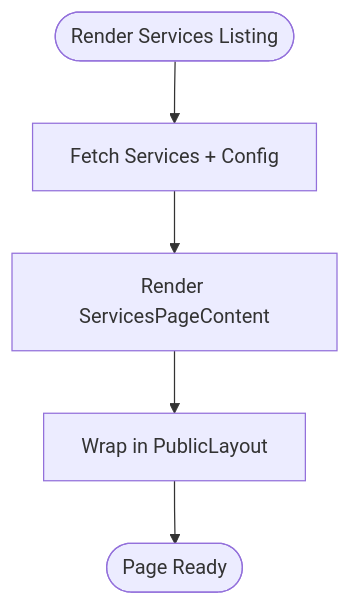
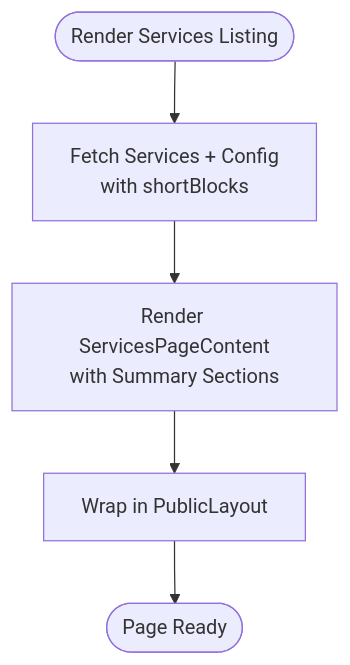
The third of 13 diagrams in .qoder/repowiki/en/content/Core Features Implementation/Public Website Features/Services Catalog System.md (xLegarda/GreenAxis), drawn with Mermaid before and after one commit. The commit also changed other lines of this file and 42 other files, not shown here.

````diff
--- a/.qoder/repowiki/en/content/Core Features Implementation/Public Website Features/Services Catalog System.md
+++ b/.qoder/repowiki/en/content/Core Features Implementation/Public Website Features/Services Catalog System.md
@@ -200,7 +212,7 @@
 ```mermaid
 flowchart TD
-Start(["Render Services Listing"]) --> Fetch["Fetch Services + Config"]
-Fetch --> Render["Render ServicesPageContent"]
+Start(["Render Services Listing"]) --> Fetch["Fetch Services + Config<br/>with shortBlocks"]
+Fetch --> Render["Render ServicesPageContent<br/>with Summary Sections"]
 Render --> Layout["Wrap in PublicLayout"]
 Layout --> End(["Page Ready"])
 ```
````
